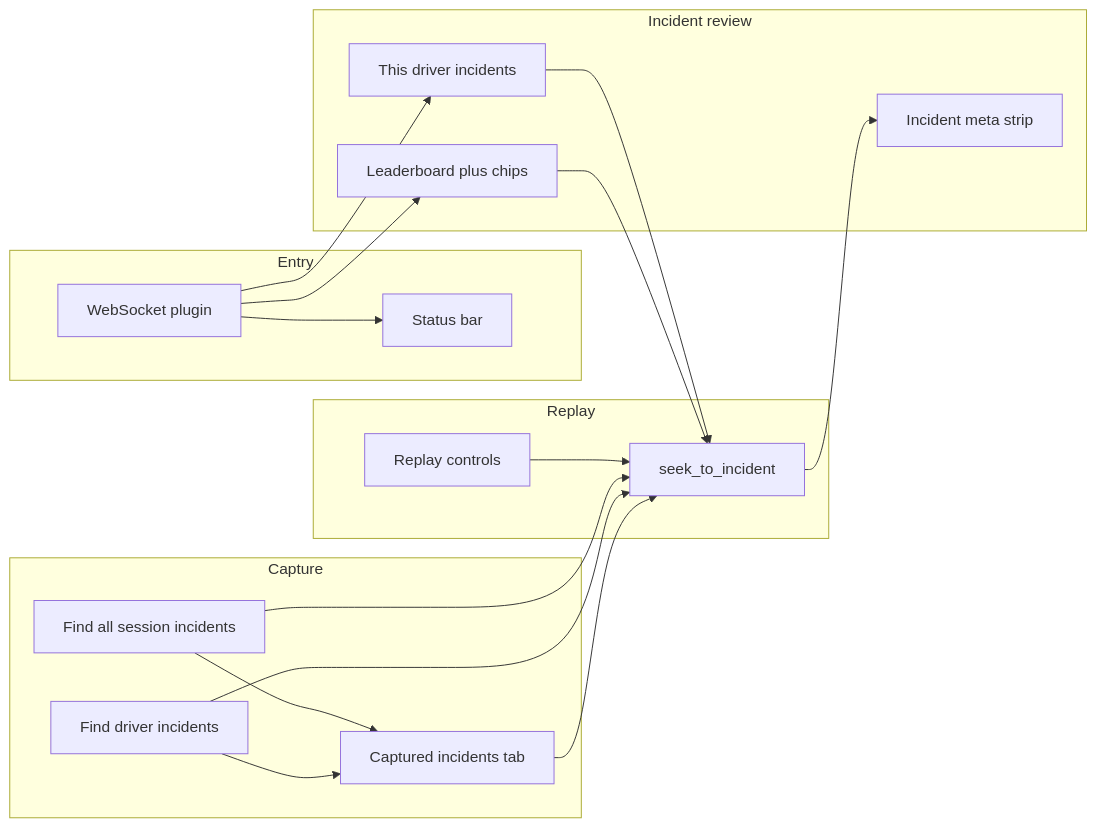
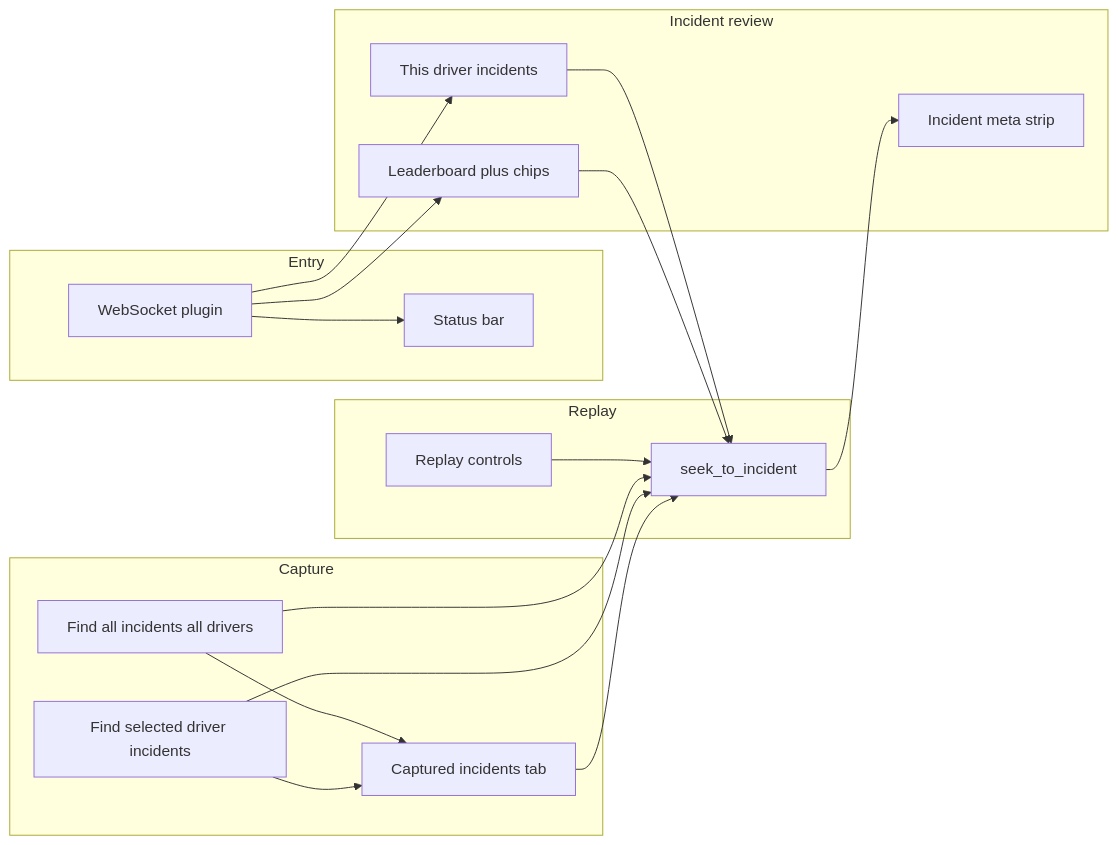
One commit to simsteward/simhub-plugin changed the diagram in docs/USER-FEATURES-PM.md. Above: the diagram before and after it, drawn with Mermaid. The commit also changed other lines of this file and 4 other files, not shown here.

````diff
--- a/docs/USER-FEATURES-PM.md
+++ b/docs/USER-FEATURES-PM.md
@@ -131,33 +131,33 @@
 ```mermaid
 flowchart LR
   subgraph entry [Entry]
     Status[Status bar]
     WS[WebSocket plugin]
   end
   subgraph review [Incident review]
     LB[Leaderboard plus chips]
     DrvList[This driver incidents]
     Meta[Incident meta strip]
   end
   subgraph transport [Replay]
     Replay[Replay controls]
     Seek[seek_to_incident]
   end
   subgraph capture [Capture]
-    DrvCap[Find driver incidents]
-    SessCap[Find all session incidents]
+    DrvCap[Find selected driver incidents]
+    SessCap[Find all incidents all drivers]
     CapList[Captured incidents tab]
   end
   WS --> Status
   WS --> LB
   WS --> DrvList
   LB --> Seek
   DrvList --> Seek
   CapList --> Seek
   DrvCap --> CapList
   SessCap --> CapList
   Seek --> Meta
   DrvCap --> Seek
   SessCap --> Seek
   Replay --> Seek
 ```
````
